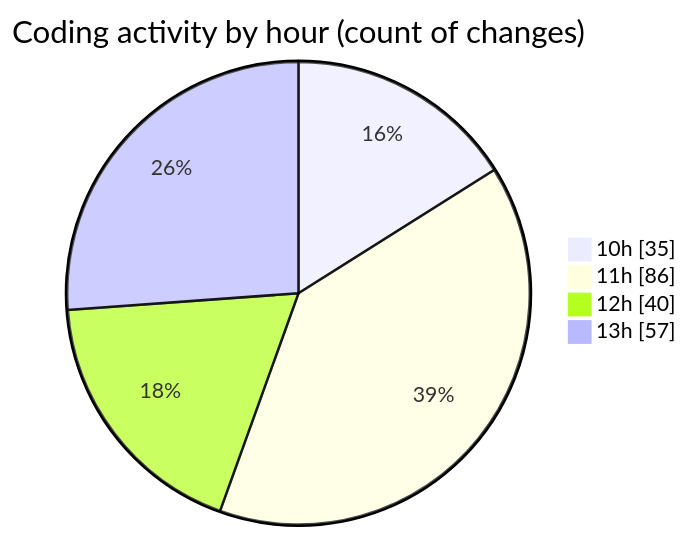
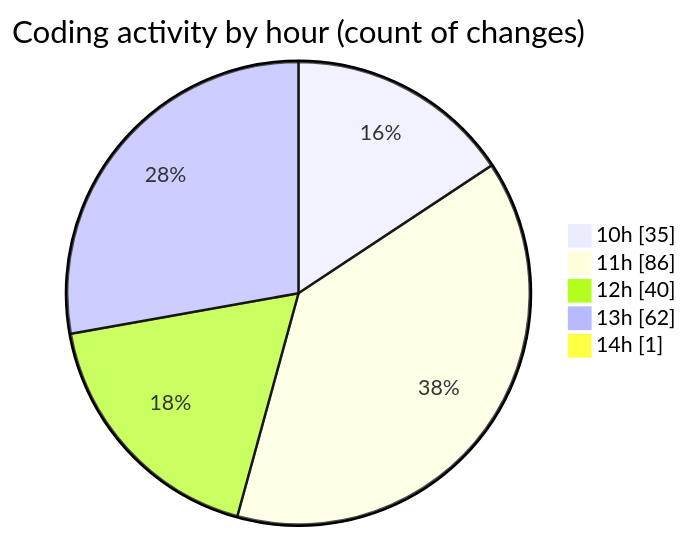
Before and after one commit to momahboobian/code-tracking: the second of 2 diagrams in 2025-03-28/cda/README.md, drawn with Mermaid. The commit also changed other lines of this file and 1 other file, not shown here.

````diff
--- a/2025-03-28/cda/README.md
+++ b/2025-03-28/cda/README.md
@@ -35,8 +36,9 @@
 ```mermaid
 pie showData
 title Coding activity by hour (count of changes)
 "10h" : 35
 "11h" : 86
 "12h" : 40
-"13h" : 57
+"13h" : 62
+"14h" : 1
 ```
````
